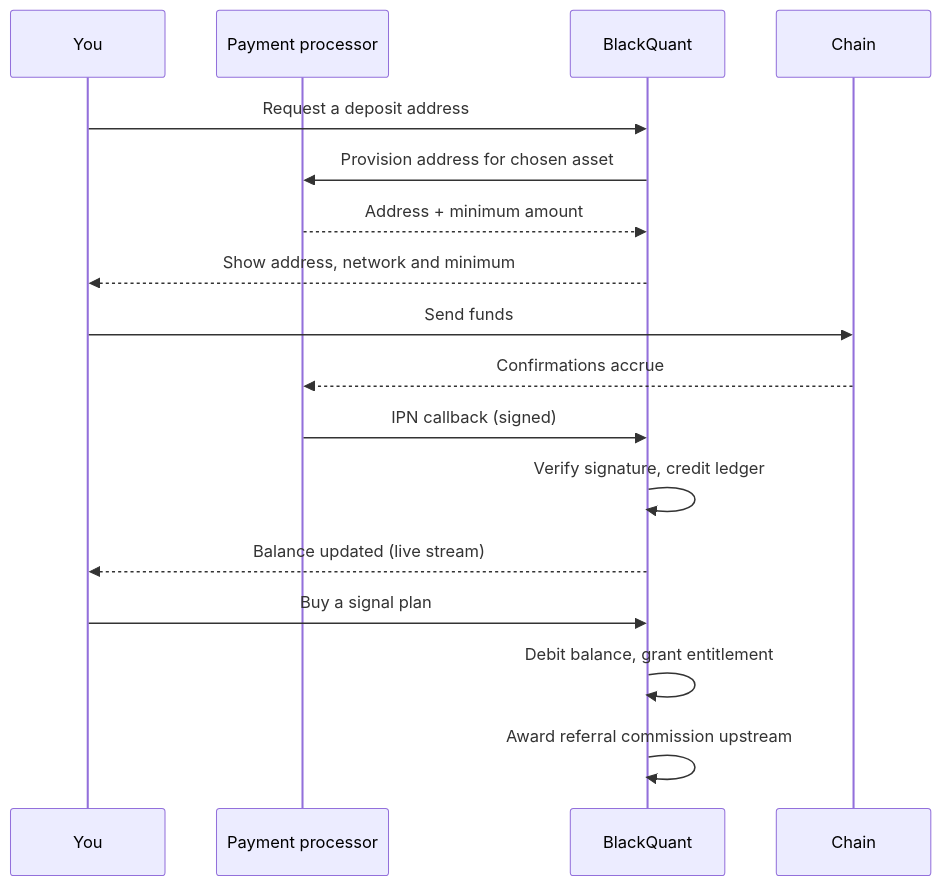
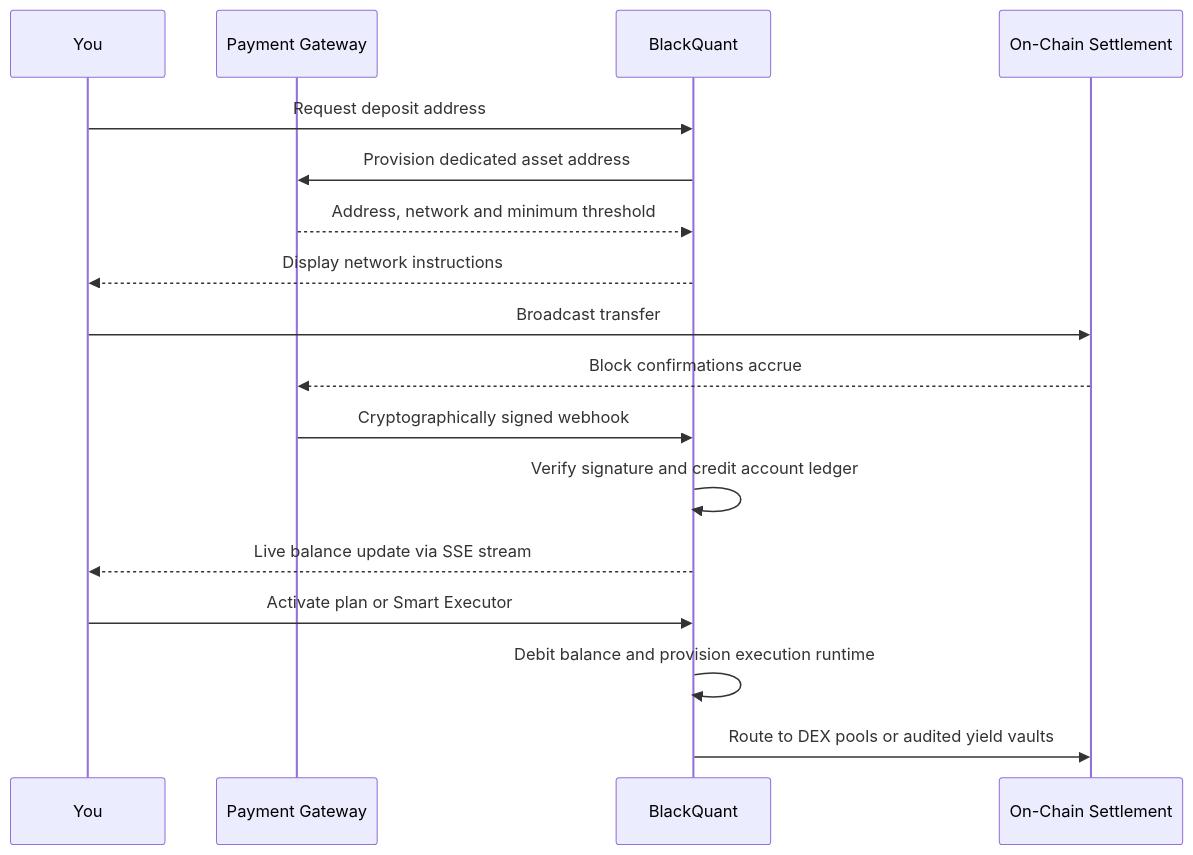
Before and after one commit to rempprandy/docs: the diagram in introduction/how-it-works.mdx, drawn with Mermaid. The commit also changed other lines of this file and 37 other files, not shown here.

````diff
--- a/introduction/how-it-works.mdx
+++ b/introduction/how-it-works.mdx
@@ -9,20 +10,20 @@
 ```mermaid
 sequenceDiagram
     participant U as You
-    participant NP as Payment processor
+    participant NP as Payment Gateway
     participant BQ as BlackQuant
-    participant CH as Chain
+    participant CH as On-Chain Settlement
 
-    U->>BQ: Request a deposit address
-    BQ->>NP: Provision address for chosen asset
-    NP-->>BQ: Address + minimum amount
-    BQ-->>U: Show address, network and minimum
-    U->>CH: Send funds
-    CH-->>NP: Confirmations accrue
-    NP->>BQ: IPN callback (signed)
-    BQ->>BQ: Verify signature, credit ledger
-    BQ-->>U: Balance updated (live stream)
-    U->>BQ: Buy a signal plan
-    BQ->>BQ: Debit balance, grant entitlement
-    BQ->>BQ: Award referral commission upstream
+    U->>BQ: Request deposit address
+    BQ->>NP: Provision dedicated asset address
+    NP-->>BQ: Address, network and minimum threshold
+    BQ-->>U: Display network instructions
+    U->>CH: Broadcast transfer
+    CH-->>NP: Block confirmations accrue
+    NP->>BQ: Cryptographically signed webhook
+    BQ->>BQ: Verify signature and credit account ledger
+    BQ-->>U: Live balance update via SSE stream
+    U->>BQ: Activate plan or Smart Executor
+    BQ->>BQ: Debit balance and provision execution runtime
+    BQ->>CH: Route to DEX pools or audited yield vaults
 ```
````
